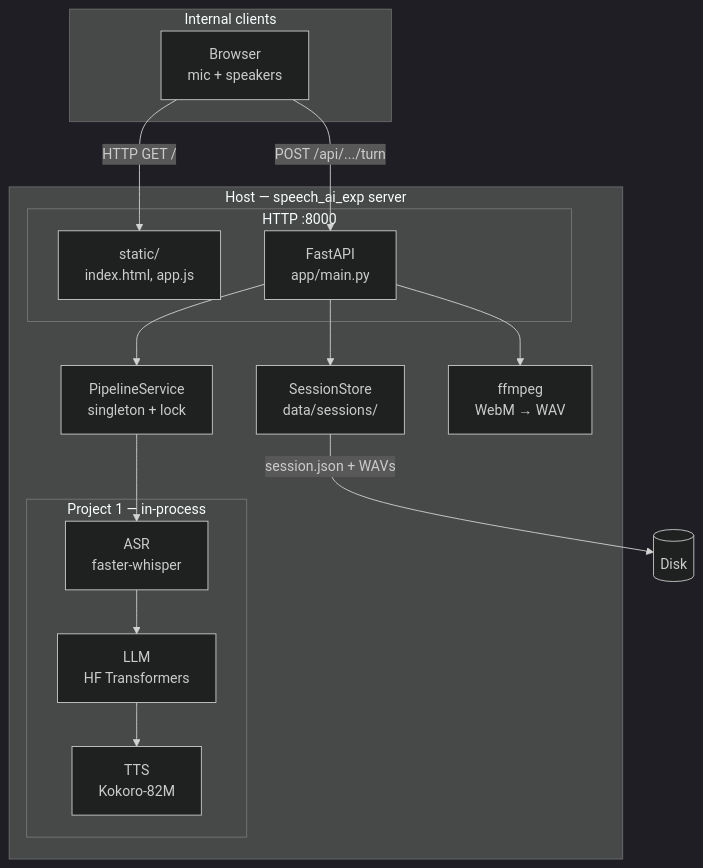
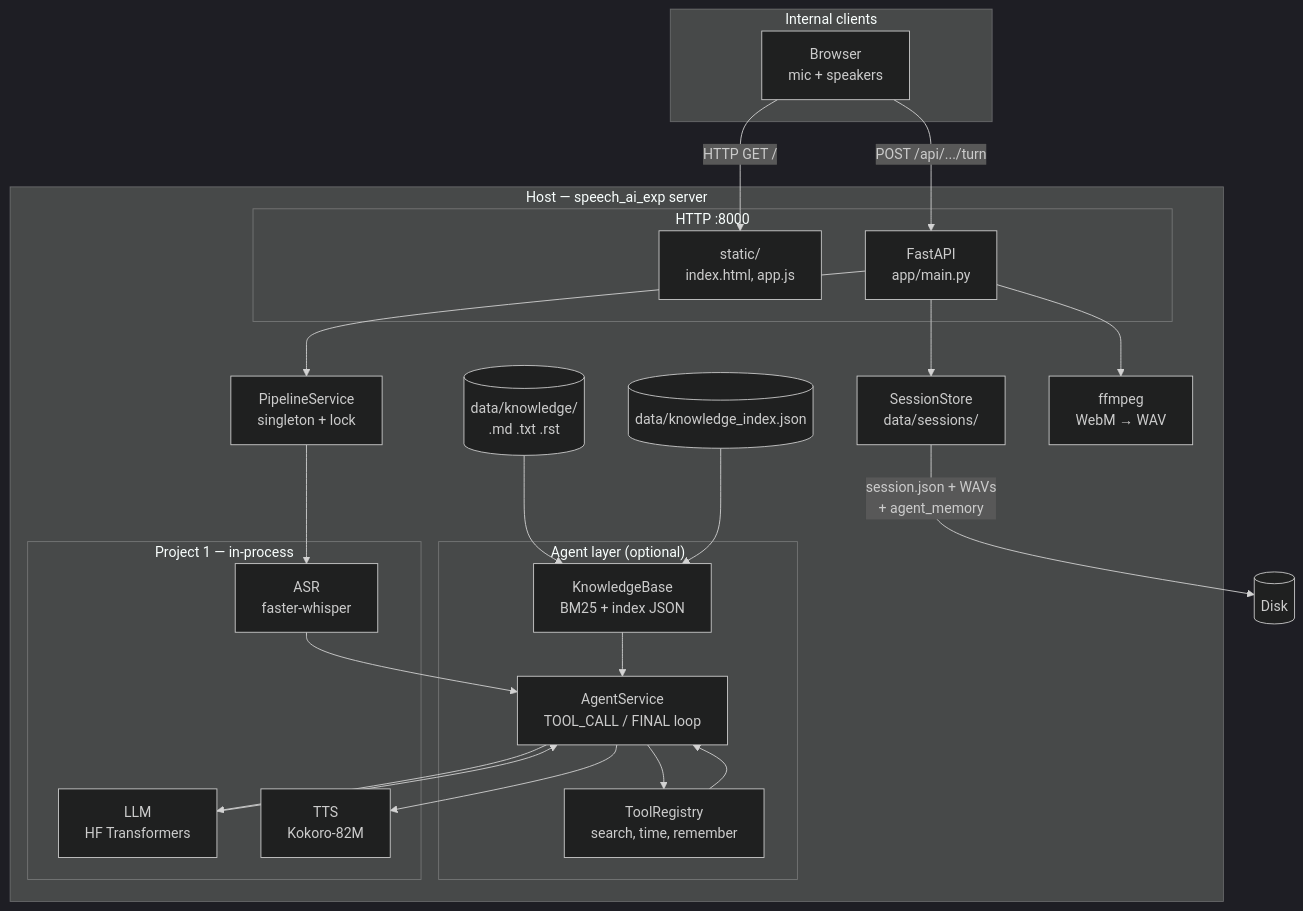
Before and after one commit to linjiahu-imachines/full_stack_ai_pipelines: the first of 5 diagrams in speech_ai_exp/docs/SERVER_AND_PROJECT1_ARCHITECTURE.md, drawn with Mermaid (dark theme). The commit also changed other lines of this file and 27 other files, not shown here.

````diff
--- a/speech_ai_exp/docs/SERVER_AND_PROJECT1_ARCHITECTURE.md
+++ b/speech_ai_exp/docs/SERVER_AND_PROJECT1_ARCHITECTURE.md
@@ -56,29 +60,45 @@
 ```mermaid
 flowchart TB
   subgraph clients["Internal clients"]
     browser["Browser\nmic + speakers"]
   end
 
   subgraph host["Host — speech_ai_exp server"]
     subgraph http["HTTP :8000"]
       static["static/\nindex.html, app.js"]
       api["FastAPI\napp/main.py"]
     end
     store["SessionStore\ndata/sessions/"]
     svc["PipelineService\nsingleton + lock"]
+    subgraph agent["Agent layer (optional)"]
+      rag["KnowledgeBase\nBM25 + index JSON"]
+      tools["ToolRegistry\nsearch, time, remember"]
+      loop["AgentService\nTOOL_CALL / FINAL loop"]
+    end
+    kb[("data/knowledge/\n.md .txt .rst")]
+    idx[("data/knowledge_index.json")]
     subgraph p1["Project 1 — in-process"]
       asr["ASR\nfaster-whisper"]
       llm["LLM\nHF Transformers"]
       tts["TTS\nKokoro-82M"]
     end
     ffmpeg["ffmpeg\nWebM → WAV"]
   end
 
   browser -->|"HTTP GET /"| static
   browser -->|"POST /api/.../turn"| api
   api --> store
   api --> ffmpeg
   api --> svc
-  svc --> asr --> llm --> tts
-  store -->|"session.json + WAVs"| disk[("Disk")]
+  svc --> asr
+  asr --> loop
+  kb --> rag
+  idx --> rag
+  rag --> loop
+  loop --> tools
+  tools --> loop
+  loop --> llm
+  llm --> loop
+  loop --> tts
+  store -->|"session.json + WAVs\n+ agent_memory"| disk[("Disk")]
 ```
````
